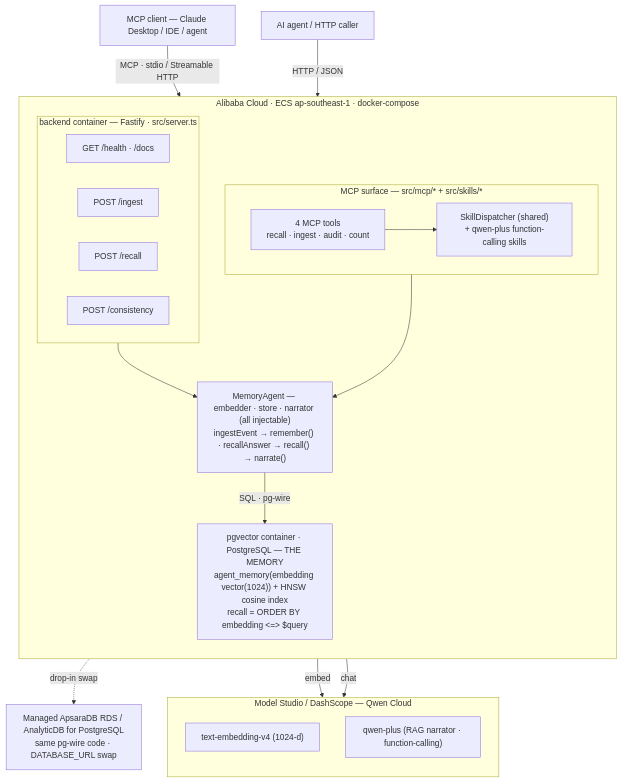
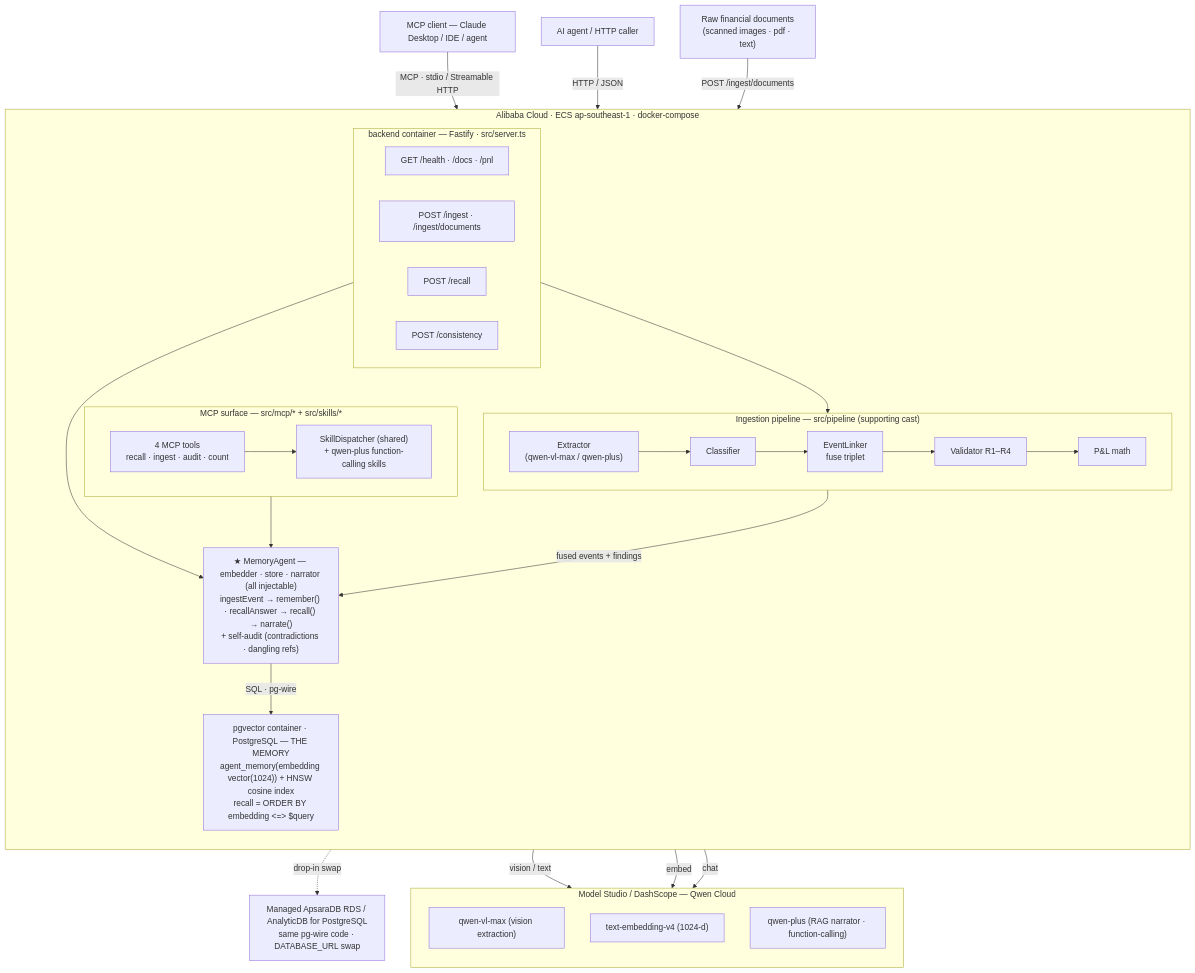
One commit to upgradedev/archon-qwen-memoryagent changed the diagram in README.md. Above: the diagram before and after it, drawn with Mermaid. The commit also changed other lines of this file and 40 other files, not shown here.

First line of the commit message:
feat: document-ingestion pipeline that feeds the MemoryAgent (+ dashboard context) (#30)

````diff
--- a/README.md
+++ b/README.md
@@ -162,41 +183,56 @@
 ```mermaid
 flowchart TB
     Agent["AI agent / HTTP caller"]
+    Docs["Raw financial documents<br/>(scanned images · pdf · text)"]
     MCPClient["MCP client — Claude Desktop / IDE / agent"]
 
     subgraph ECS["Alibaba Cloud · ECS ap-southeast-1 · docker-compose"]
         direction TB
         subgraph API["backend container — Fastify · src/server.ts"]
             direction LR
-            H["GET /health · /docs"]
-            I["POST /ingest"]
+            H["GET /health · /docs · /pnl"]
+            I["POST /ingest · /ingest/documents"]
             R["POST /recall"]
             C["POST /consistency"]
+        end
+        subgraph PIPE["Ingestion pipeline — src/pipeline (supporting cast)"]
+            direction LR
+            EX["Extractor<br/>(qwen-vl-max / qwen-plus)"]
+            CL["Classifier"]
+            EL["EventLinker<br/>fuse triplet"]
+            VA["Validator R1–R4"]
+            PN["P&amp;L math"]
+            EX --> CL --> EL --> VA --> PN
         end
         subgraph MCPSURF["MCP surface — src/mcp/* + src/skills/*"]
             direction LR
             MT["4 MCP tools<br/>recall · ingest · audit · count"]
             SK["SkillDispatcher (shared)<br/>+ qwen-plus function-calling skills"]
         end
-        MA["MemoryAgent — embedder · store · narrator (all injectable)<br/>ingestEvent → remember() · recallAnswer → recall() → narrate()"]
+        MA["★ MemoryAgent — embedder · store · narrator (all injectable)<br/>ingestEvent → remember() · recallAnswer → recall() → narrate()<br/>+ self-audit (contradictions · dangling refs)"]
         DB["pgvector container · PostgreSQL — THE MEMORY<br/>agent_memory(embedding vector(1024)) + HNSW cosine index<br/>recall = ORDER BY embedding &lt;=&gt; $query"]
     end
 
     subgraph QWEN["Model Studio / DashScope — Qwen Cloud"]
         direction TB
+        VL["qwen-vl-max (vision extraction)"]
         EMB["text-embedding-v4 (1024-d)"]
         LLM["qwen-plus (RAG narrator · function-calling)"]
     end
 
     RDS["Managed ApsaraDB RDS / AnalyticDB for PostgreSQL<br/>same pg-wire code · DATABASE_URL swap"]
 
     Agent -->|HTTP / JSON| API
+    Docs -->|POST /ingest/documents| API
+    API --> PIPE
+    API --> MA
+    PIPE -->|fused events + findings| MA
+    EX -->|vision / text| VL
     MCPClient -->|MCP · stdio / Streamable HTTP| MT
     MT --> SK
-    API --> MA
     SK --> MA
     MA -->|embed| EMB
     MA -->|chat| LLM
     MA -->|SQL · pg-wire| DB
     DB -. drop-in swap .-> RDS
 ```
````
